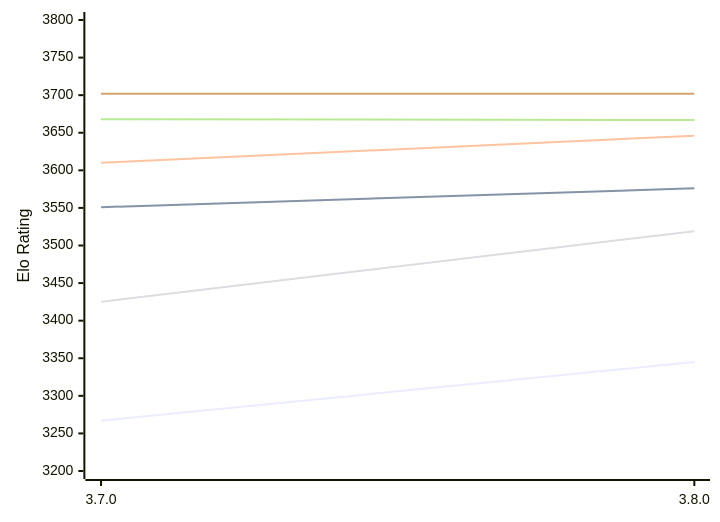
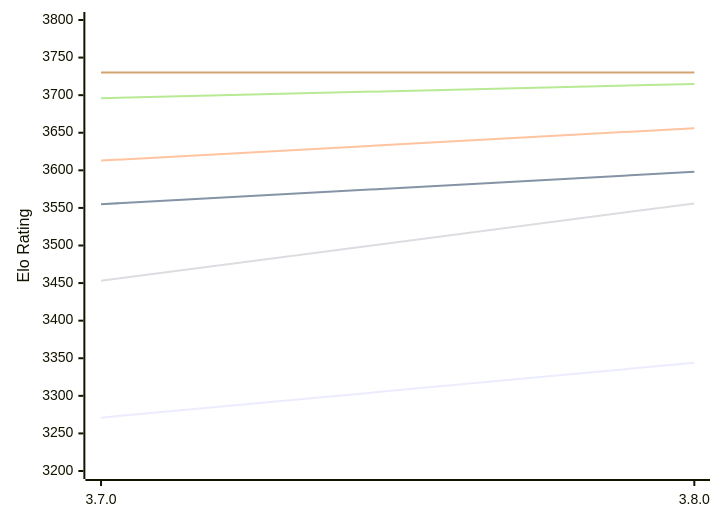
Before and after one commit to computer-chess-index/cci: the first of 2 diagrams in engines/Igel.md, drawn with Mermaid. The commit also changed other lines of this file, not shown here.

Commit message:
Update CCI Ratings (ELO VLTC) - 2026-10-21

````diff
--- a/engines/Igel.md
+++ b/engines/Igel.md
@@ -51,12 +51,12 @@
 ```mermaid
 %%{init: {"theme":"base","themeVariables":{"seriesColors:['#a3a3a3','#222221','#faa371']}}}%%
 xychart-beta
   x-axis ["3.7.0", "3.8.0"]
   y-axis "Elo Rating" 3200 --> 3800
-  line "E1: STC (8.0+0.08s)" [3267, 3345]
-  line "E1: LTC (60.0+0.60s)" [3551, 3576]
-  line "E1: VLTC (2m24s+1.12s)" [3610, 3646]
-  line "P1: STC (8.0+0.08s)" [3425, 3519]
-  line "P1: LTC (60.0+0.60s)" [3668, 3667]
-  line "P1: VLTC (2m24s+1.12s)" [3702, 3702]
+  line "E1: STC (8.0+0.08s)" [3271, 3344]
+  line "E1: LTC (60.0+0.60s)" [3555, 3598]
+  line "E1: VLTC (2m24s+1.12s)" [3613, 3656]
+  line "P1: STC (8.0+0.08s)" [3453, 3556]
+  line "P1: LTC (60.0+0.60s)" [3696, 3715]
+  line "P1: VLTC (2m24s+1.12s)" [3730, 3730]
 ```
````
